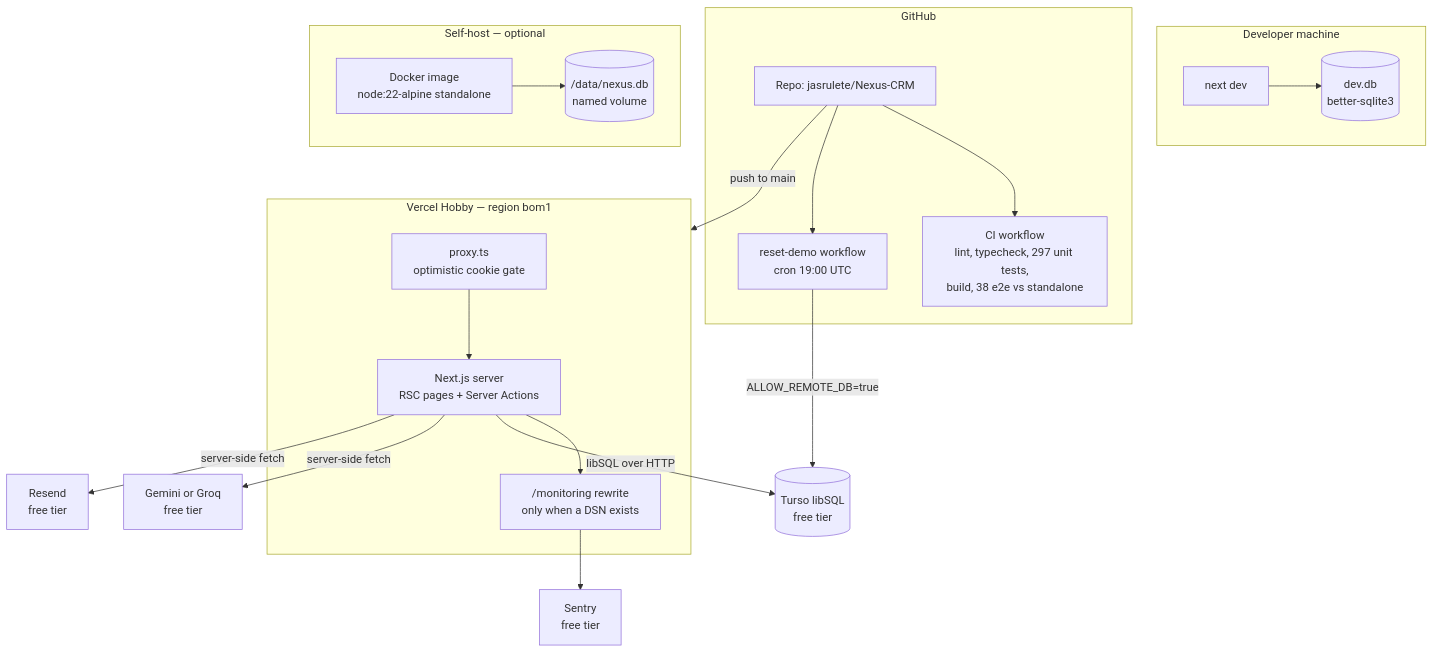
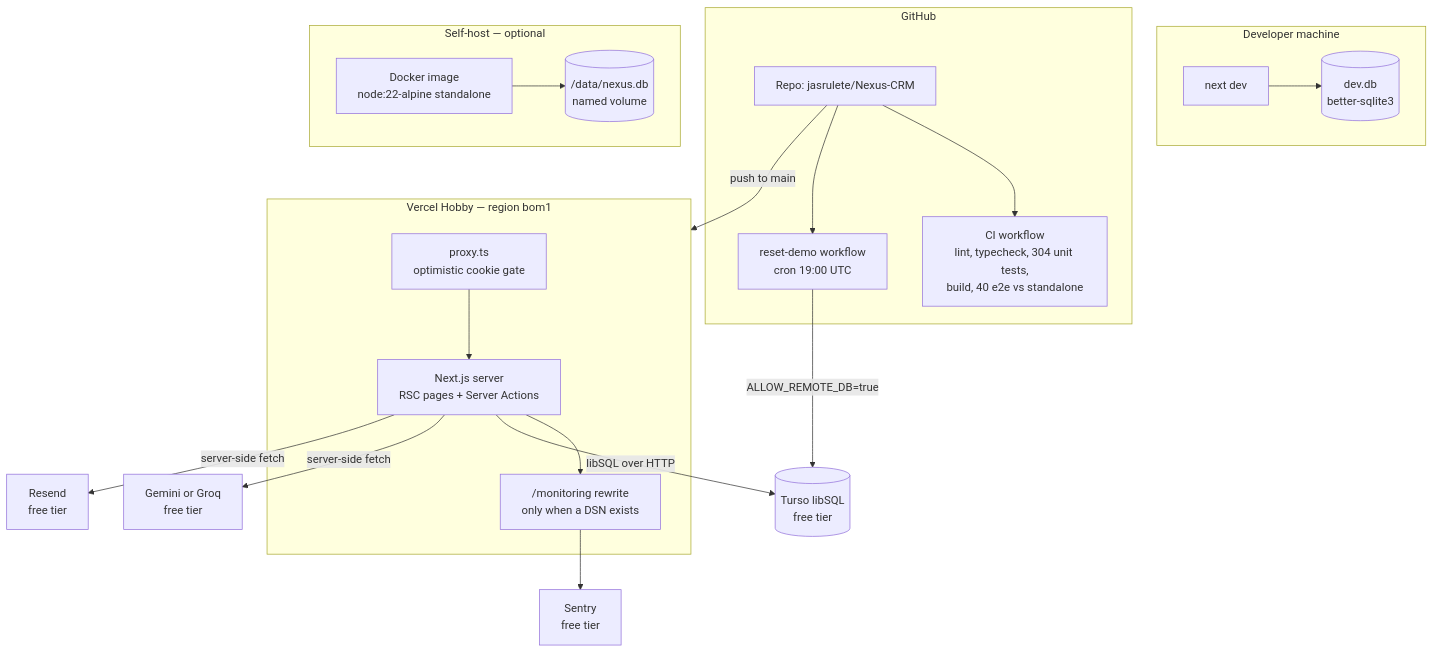
One commit to jasrulete/Nexus-CRM changed the first of 2 diagrams in docs/TECHNICAL-DESIGN.md. Above: the diagram before and after it, drawn with Mermaid. The commit also changed other lines of this file and 16 other files, not shown here.

````diff
--- a/docs/TECHNICAL-DESIGN.md
+++ b/docs/TECHNICAL-DESIGN.md
@@ -82,42 +82,42 @@
 ```mermaid
 flowchart TB
     subgraph dev["Developer machine"]
         NEXTDEV["next dev"]
         FILE[("dev.db<br/>better-sqlite3")]
         NEXTDEV --> FILE
     end
 
     subgraph gh["GitHub"]
         REPO["Repo: jasrulete/Nexus-CRM"]
-        CI["CI workflow<br/>lint, typecheck, 297 unit tests,<br/>build, 38 e2e vs standalone"]
+        CI["CI workflow<br/>lint, typecheck, 304 unit tests,<br/>build, 40 e2e vs standalone"]
         RESET["reset-demo workflow<br/>cron 19:00 UTC"]
         REPO --> CI
         REPO --> RESET
     end
 
     subgraph vercel["Vercel Hobby — region bom1"]
         PROXY["proxy.ts<br/>optimistic cookie gate"]
         APP["Next.js server<br/>RSC pages + Server Actions"]
         TUNNEL["/monitoring rewrite<br/>only when a DSN exists"]
         PROXY --> APP
         APP --> TUNNEL
     end
 
     subgraph selfhost["Self-host — optional"]
         DOCKER["Docker image<br/>node:22-alpine standalone"]
         VOL[("/data/nexus.db<br/>named volume")]
         DOCKER --> VOL
     end
 
     TURSO[("Turso libSQL<br/>free tier")]
     AI["Gemini or Groq<br/>free tier"]
     RESEND["Resend<br/>free tier"]
     SENTRY["Sentry<br/>free tier"]
 
     REPO -- "push to main" --> vercel
     APP -- "libSQL over HTTP" --> TURSO
     RESET -- "ALLOW_REMOTE_DB=true" --> TURSO
     APP -- "server-side fetch" --> AI
     APP -- "server-side fetch" --> RESEND
     TUNNEL --> SENTRY
 ```
````
